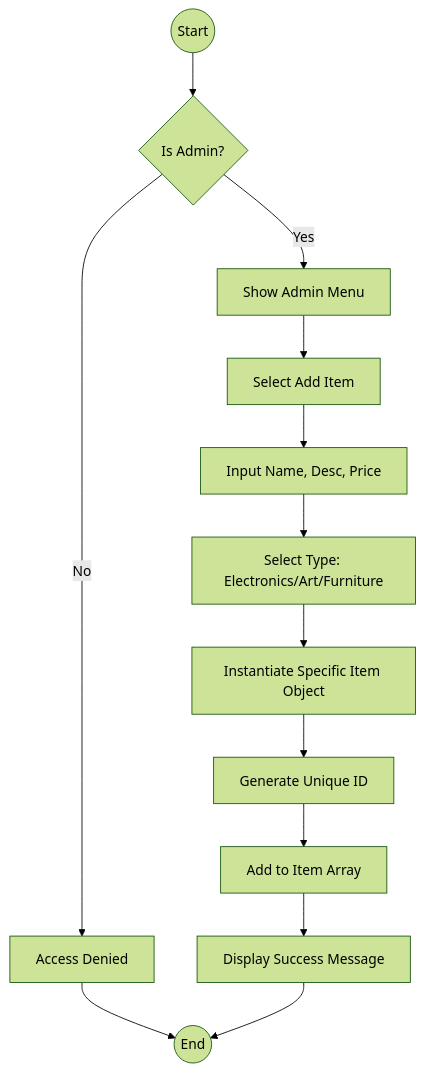
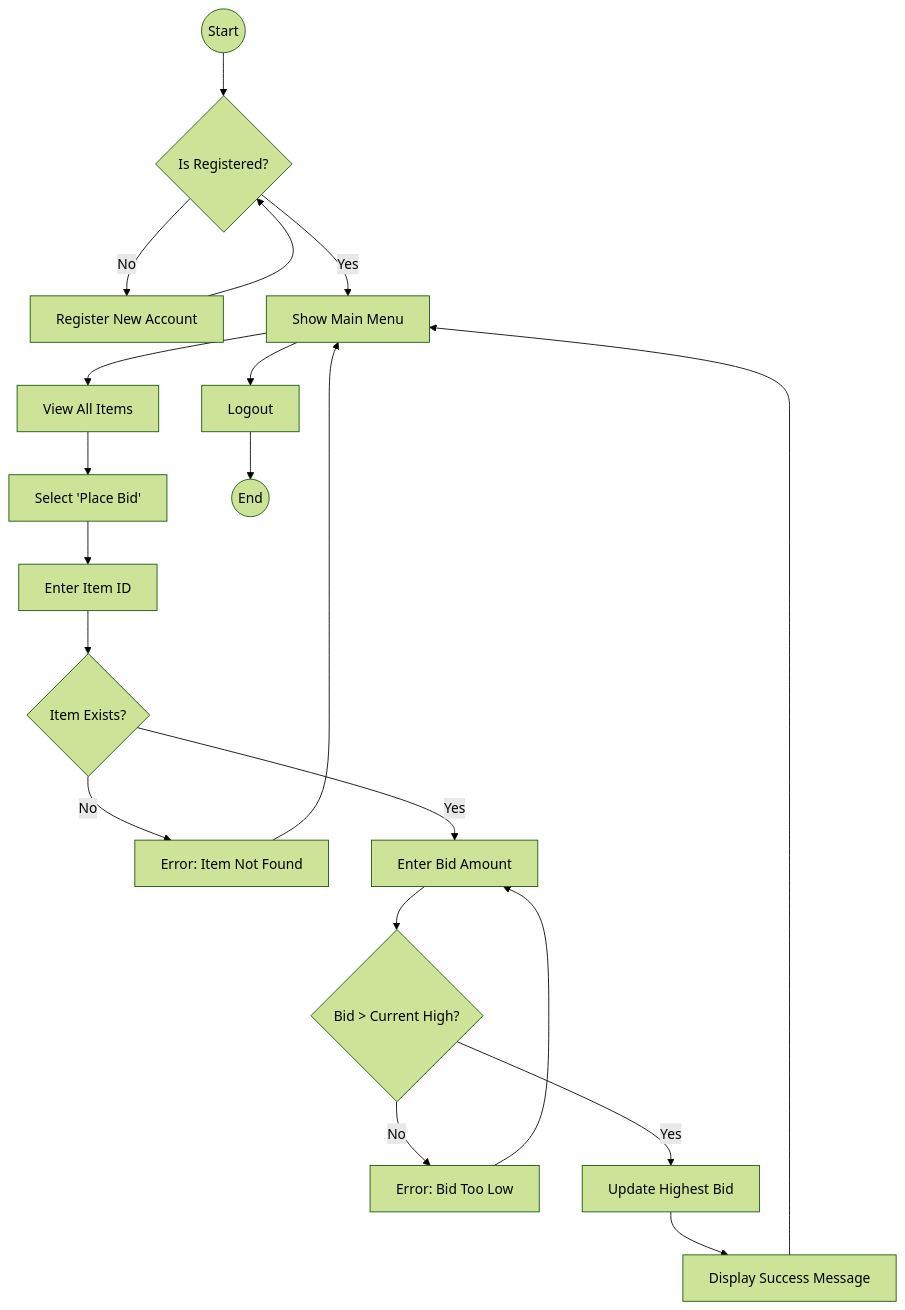
One commit to devkansagara7/demo changed the fifth of 8 diagrams in SRS_Auction_Management_System_Detailed.md. Above: the diagram before and after it, drawn with Mermaid (forest theme). The commit also changed other lines of this file, not shown here.

````diff
--- a/SRS_Auction_Management_System_Detailed.md
+++ b/SRS_Auction_Management_System_Detailed.md
@@ -297,17 +297,23 @@
 ```mermaid
 flowchart TD
     Start((Start)) --> Login
-    Login{Is Admin?}
-    Login -- No --> Error[Access Denied] --> End((End))
-    Login -- Yes --> ShowMenu[Show Admin Menu]
+    Login{Is Registered?}
+    Login -- No --> Register[Register New Account] --> Login
+    Login -- Yes --> ShowMenu[Show Main Menu]
     
-    ShowMenu --> SelectAdd[Select Add Item]
-    SelectAdd --> InputDetails[Input Name, Desc, Price]
-    InputDetails --> SelectType[Select Type: Electronics/Art/Furniture]
+    ShowMenu --> ViewItems[View All Items]
+    ViewItems --> SelectBid[Select 'Place Bid']
+    SelectBid --> EnterID[Enter Item ID]
     
-    SelectType --> CreateObj[Instantiate Specific Item Object]
-    CreateObj --> GenerateID[Generate Unique ID]
-    GenerateID --> StoreArray[Add to Item Array]
-    StoreArray --> Success[Display Success Message]
-    Success --> End
+    EnterID --> CheckItem{Item Exists?}
+    CheckItem -- No --> ErrorItem[Error: Item Not Found] --> ShowMenu
+    CheckItem -- Yes --> EnterAmount[Enter Bid Amount]
+    
+    EnterAmount --> Validate{Bid > Current High?}
+    Validate -- No --> ErrorBid[Error: Bid Too Low] --> EnterAmount
+    Validate -- Yes --> Update[Update Highest Bid]
+    
+    Update --> Success[Display Success Message]
+    Success --> ShowMenu
+    ShowMenu --> Logout[Logout] --> End((End))
 ```
````
